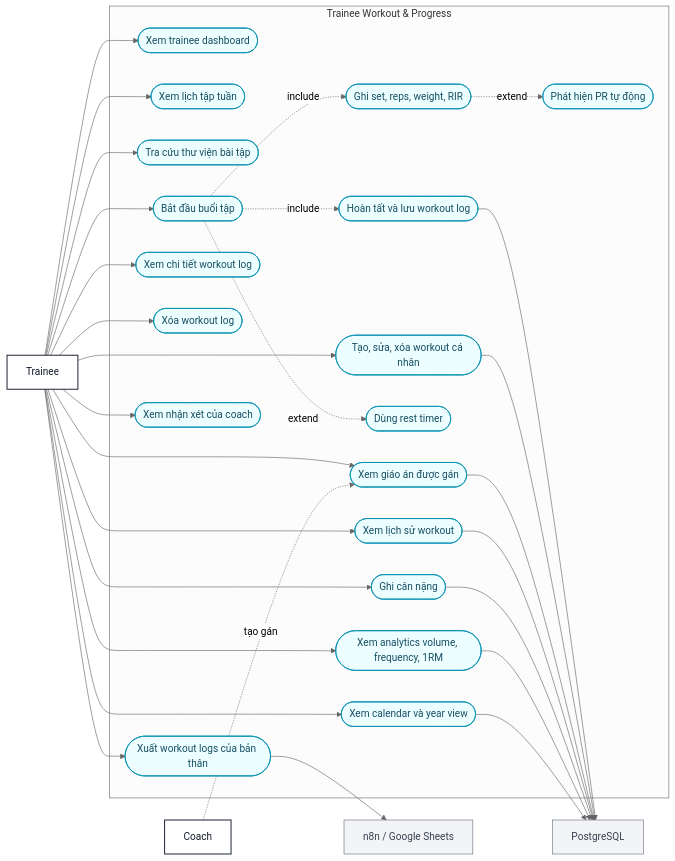
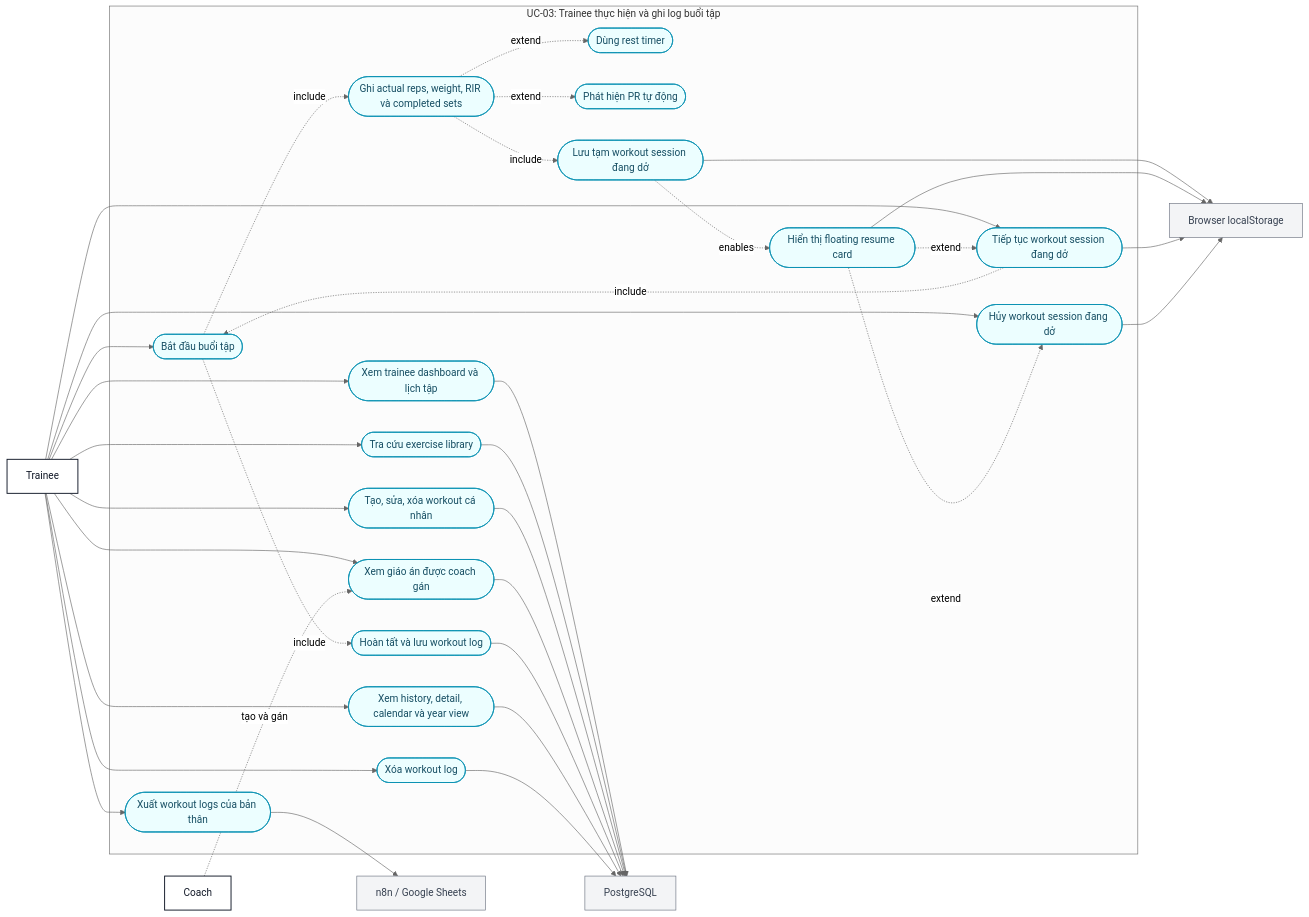
The fourth of 7 diagrams in docs/use-case-diagrams.md (hominhduc-dev/fitness-tracking-webapp), drawn with Mermaid (neutral theme) before and after one commit. The commit also changed other lines of this file and 4 other files, not shown here.

Commit message:
docs(diagrams): align analysis docs to six use cases

````diff
--- a/docs/use-case-diagrams.md
+++ b/docs/use-case-diagrams.md
@@ -144,61 +155,66 @@
 ```mermaid
 flowchart LR
   Trainee["Trainee"]:::actor
   Coach["Coach"]:::actor
   DB["PostgreSQL"]:::external
+  LocalStorage["Browser localStorage"]:::external
   N8N["n8n / Google Sheets"]:::external
 
-  subgraph SYS["Trainee Workout & Progress"]
-    ViewDashboard([Xem trainee dashboard]):::usecase
-    ViewSchedule([Xem lịch tập tuần]):::usecase
-    BrowseExercise([Tra cứu thư viện bài tập]):::usecase
-    ManagePersonalWorkout([Tạo, sửa, xóa workout cá nhân]):::usecase
-    ViewAssignedProgram([Xem giáo án được gán]):::usecase
+  subgraph UC03["UC-03: Trainee thực hiện và ghi log buổi tập"]
+    ViewDashboard([Xem trainee dashboard và lịch tập]):::usecase
+    BrowseExercise([Tra cứu exercise library]):::usecase
+    CreatePersonalWorkout([Tạo, sửa, xóa workout cá nhân]):::usecase
+    ViewAssignedProgram([Xem giáo án được coach gán]):::usecase
     StartWorkout([Bắt đầu buổi tập]):::usecase
-    TrackSets([Ghi set, reps, weight, RIR]):::usecase
+    TrackSets([Ghi actual reps, weight, RIR và completed sets]):::usecase
     UseRestTimer([Dùng rest timer]):::usecase
     DetectPR([Phát hiện PR tự động]):::usecase
+    PersistSession([Lưu tạm workout session đang dở]):::usecase
+    ShowResumeCard([Hiển thị floating resume card]):::usecase
+    ResumeSession([Tiếp tục workout session đang dở]):::usecase
+    DiscardSession([Hủy workout session đang dở]):::usecase
     FinishWorkout([Hoàn tất và lưu workout log]):::usecase
-    ViewWorkoutHistory([Xem lịch sử workout]):::usecase
-    ViewWorkoutLogDetail([Xem chi tiết workout log]):::usecase
-    DeleteWorkoutLog([Xóa workout log]):::usecase
-    ExportOwnLogs([Xuất workout logs của bản thân]):::usecase
-    TrackWeight([Ghi cân nặng]):::usecase
-    ViewAnalytics([Xem analytics volume, frequency, 1RM]):::usecase
-    ViewCalendar([Xem calendar và year view]):::usecase
-    ReceiveCoachFeedback([Xem nhận xét của coach]):::usecase
+    ViewHistory([Xem history, detail, calendar và year view]):::usecase
+    DeleteLog([Xóa workout log]):::usecase
+    ExportLogs([Xuất workout logs của bản thân]):::usecase
   end
 
   Trainee --> ViewDashboard
-  Trainee --> ViewSchedule
   Trainee --> BrowseExercise
-  Trainee --> ManagePersonalWorkout
+  Trainee --> CreatePersonalWorkout
   Trainee --> ViewAssignedProgram
   Trainee --> StartWorkout
-  Trainee --> ViewWorkoutHistory
-  Trainee --> ViewWorkoutLogDetail
-  Trainee --> DeleteWorkoutLog
-  Trainee --> ExportOwnLogs
-  Trainee --> TrackWeight
-  Trainee --> ViewAnalytics
-  Trainee --> ViewCalendar
-  Trainee --> ReceiveCoachFeedback
-  Coach -. tạo gán .-> ViewAssignedProgram
+  Trainee --> ResumeSession
+  Trainee --> DiscardSession
+  Trainee --> ViewHistory
+  Trainee --> DeleteLog
+  Trainee --> ExportLogs
+  Coach -. tạo và gán .-> ViewAssignedProgram
 
   StartWorkout -. include .-> TrackSets
-  StartWorkout -. extend .-> UseRestTimer
+  TrackSets -. include .-> PersistSession
+  TrackSets -. extend .-> UseRestTimer
   TrackSets -. extend .-> DetectPR
+  PersistSession -. enables .-> ShowResumeCard
+  ShowResumeCard -. extend .-> ResumeSession
+  ShowResumeCard -. extend .-> DiscardSession
+  ResumeSession -. include .-> StartWorkout
   StartWorkout -. include .-> FinishWorkout
+
+  ViewDashboard --> DB
+  BrowseExercise --> DB
+  CreatePersonalWorkout --> DB
+  ViewAssignedProgram --> DB
   FinishWorkout --> DB
-  ManagePersonalWorkout --> DB
-  ViewAssignedProgram --> DB
-  ViewWorkoutHistory --> DB
-  TrackWeight --> DB
-  ViewAnalytics --> DB
-  ViewCalendar --> DB
-  ExportOwnLogs --> N8N
+  ViewHistory --> DB
+  DeleteLog --> DB
+  PersistSession --> LocalStorage
+  ShowResumeCard --> LocalStorage
+  ResumeSession --> LocalStorage
+  DiscardSession --> LocalStorage
+  ExportLogs --> N8N
 
   classDef actor fill:#ffffff,stroke:#111827,stroke-width:1.5px,color:#111827;
   classDef usecase fill:#ecfeff,stroke:#0891b2,stroke-width:1.2px,color:#164e63;
   classDef external fill:#f3f4f6,stroke:#6b7280,stroke-width:1px,color:#374151;
 ```
````
